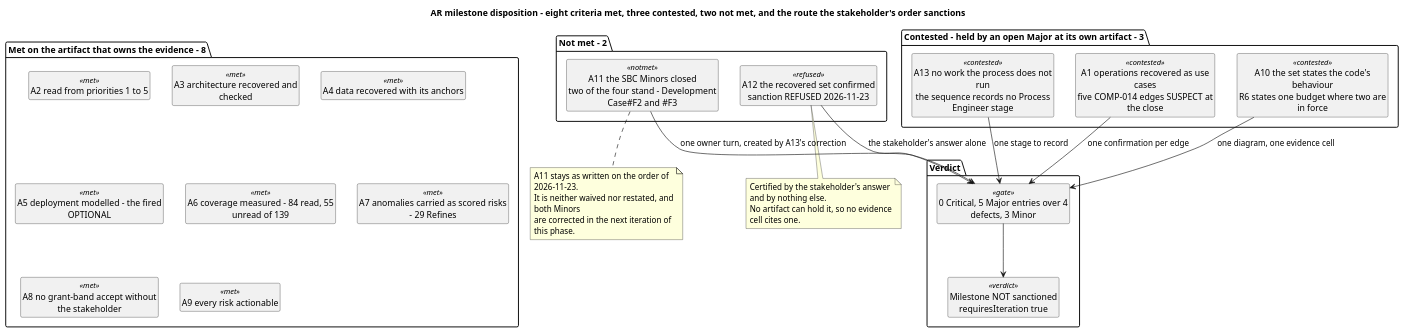
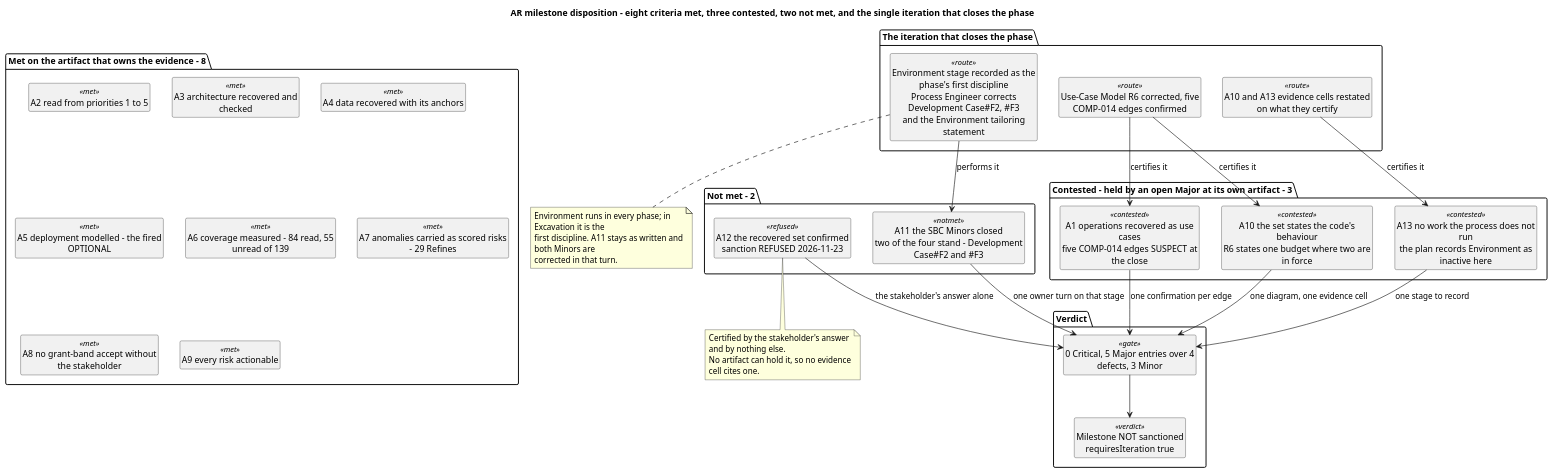
One commit to banense-test/TodoApp changed diagram 11 of 11 in docs/artifacts/project-management/review-record.md. Above: the diagram before and after it, drawn with PlantUML. The commit also changed other lines of this file, not shown here.

Commit message:
Review Coordinator [Excavation2]: upsert Review Record
[skip ci]

````diff
--- a/docs/artifacts/project-management/review-record.md
+++ b/docs/artifacts/project-management/review-record.md
@@ -1115,55 +1115,65 @@
 ```plantuml
 @startuml
-title AR milestone disposition - eight criteria met, three contested, two not met, and the route the stakeholder's order sanctions
+title AR milestone disposition - eight criteria met, three contested, two not met, and the single iteration that closes the phase
 
 skinparam shadowing false
 skinparam wrapWidth 240
 hide circle
 hide empty members
 
 package "Met on the artifact that owns the evidence - 8" {
   class "A2 read from priorities 1 to 5" as A2 <<met>>
   class "A3 architecture recovered and checked" as A3 <<met>>
   class "A4 data recovered with its anchors" as A4 <<met>>
   class "A5 deployment modelled - the fired OPTIONAL" as A5 <<met>>
   class "A6 coverage measured - 84 read, 55 unread of 139" as A6 <<met>>
   class "A7 anomalies carried as scored risks - 29 Refines" as A7 <<met>>
   class "A8 no grant-band accept without the stakeholder" as A8 <<met>>
   class "A9 every risk actionable" as A9 <<met>>
 }
 
 package "Contested - held by an open Major at its own artifact - 3" {
   class "A1 operations recovered as use cases\nfive COMP-014 edges SUSPECT at the close" as A1 <<contested>>
   class "A10 the set states the code's behaviour\nR6 states one budget where two are in force" as A10 <<contested>>
-  class "A13 no work the process does not run\nthe sequence records no Process Engineer stage" as A13 <<contested>>
+  class "A13 no work the process does not run\nthe plan records Environment as inactive here" as A13 <<contested>>
 }
 
 package "Not met - 2" {
   class "A11 the SBC Minors closed\ntwo of the four stand - Development Case#F2 and #F3" as A11 <<notmet>>
   class "A12 the recovered set confirmed\nsanction REFUSED 2026-11-23" as A12 <<refused>>
 }
 
 package "Verdict" {
   class "0 Critical, 5 Major entries over 4 defects, 3 Minor" as V <<gate>>
   class "Milestone NOT sanctioned\nrequiresIteration true" as R <<verdict>>
 }
 
+package "The iteration that closes the phase" {
+  class "Environment stage recorded as the phase's first discipline\nProcess Engineer corrects Development Case#F2, #F3\nand the Environment tailoring statement" as N <<route>>
+  class "Use-Case Model R6 corrected, five COMP-014 edges confirmed" as N2 <<route>>
+  class "A10 and A13 evidence cells restated on what they certify" as N3 <<route>>
+}
+
 A1 --> V : one confirmation per edge
 A10 --> V : one diagram, one evidence cell
 A13 --> V : one stage to record
-A11 --> V : one owner turn, created by A13's correction
+A11 --> V : one owner turn on that stage
 A12 --> V : the stakeholder's answer alone
 V --> R
+N --> A11 : performs it
+N2 --> A1 : certifies it
+N2 --> A10 : certifies it
+N3 --> A13 : certifies it
 
 note bottom of A12
   Certified by the stakeholder's answer and by nothing else.
   No artifact can hold it, so no evidence cell cites one.
 end note
-note bottom of A11
-  A11 stays as written on the order of 2026-11-23.
-  It is neither waived nor restated, and both Minors
-  are corrected in the next iteration of this phase.
+note bottom of N
+  Environment runs in every phase; in Excavation it is the
+  first discipline. A11 stays as written and both Minors are
+  corrected in that turn.
 end note
 
 @enduml
 ```
````
